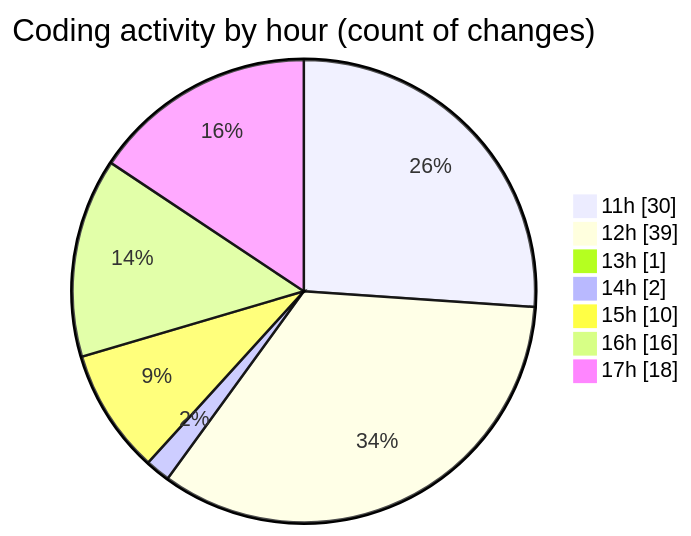
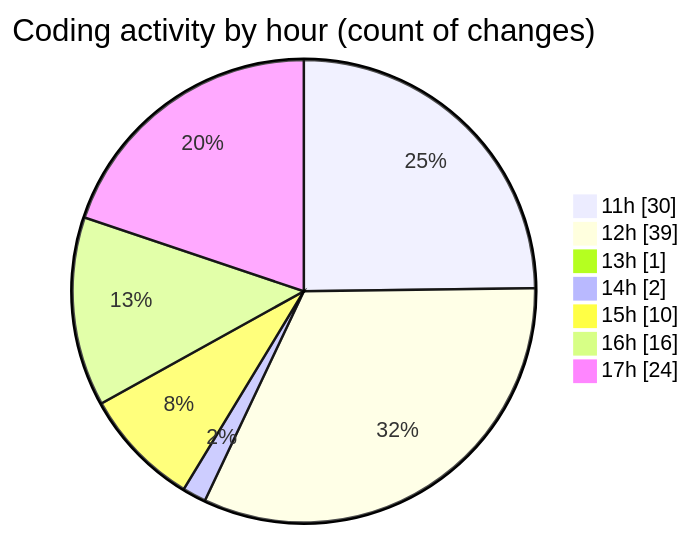
One commit to nxtqubesakshisongat/code-tracking changed the second of 2 diagrams in 2025-07-13/argos/README.md. Above: the diagram before and after it, drawn with Mermaid. The commit also changed other lines of this file and 1 other file, not shown here.

````diff
--- a/2025-07-13/argos/README.md
+++ b/2025-07-13/argos/README.md
@@ -31,11 +31,11 @@
 ```mermaid
 pie showData
 title Coding activity by hour (count of changes)
 "11h" : 30
 "12h" : 39
 "13h" : 1
 "14h" : 2
 "15h" : 10
 "16h" : 16
-"17h" : 18
+"17h" : 24
 ```
````
